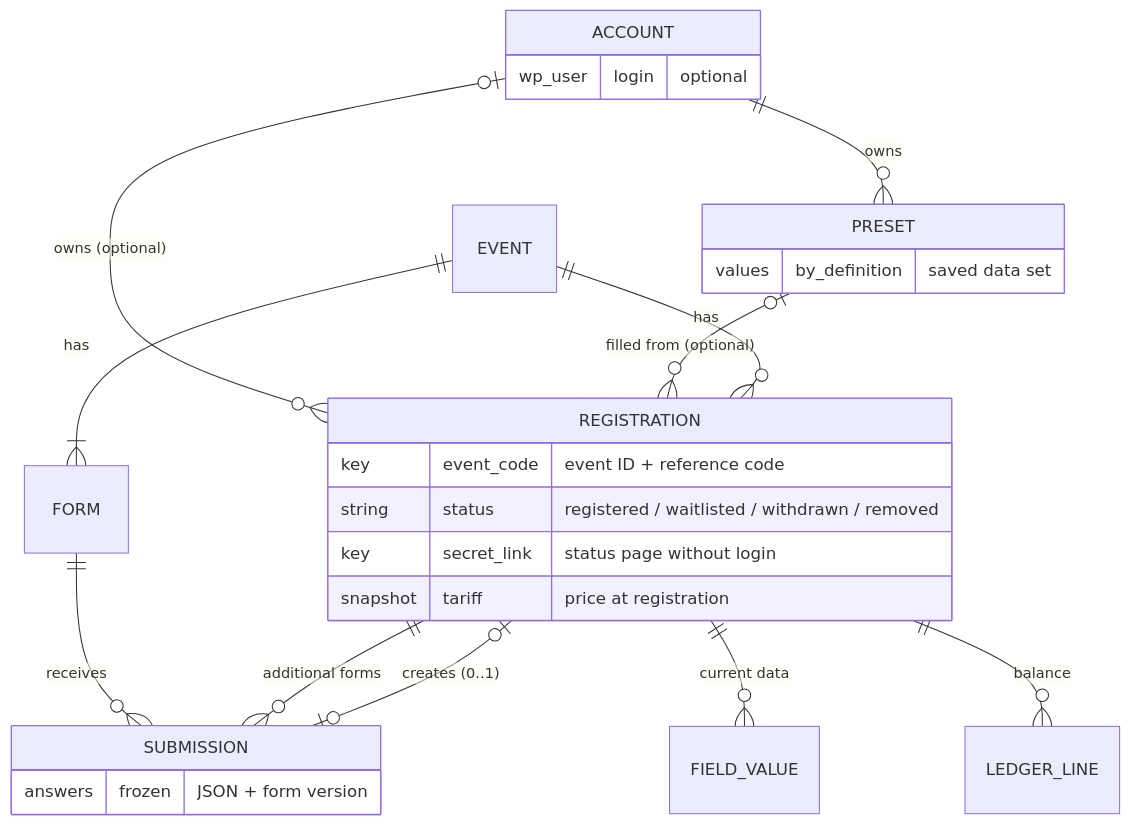
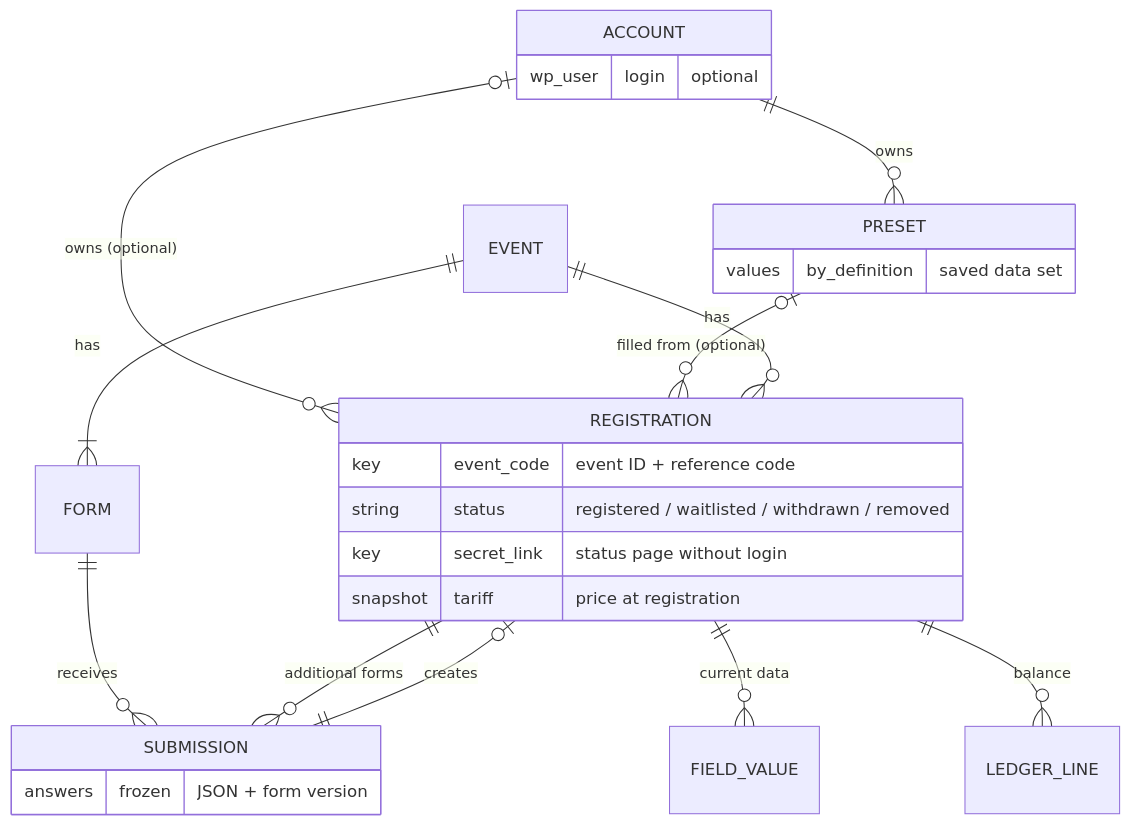
Before and after one commit to reformatus/kalaka: the fourth of 7 diagrams in docs/architecture.md, drawn with Mermaid. The commit also changed other lines of this file and 3 other files, not shown here.

````diff
--- a/docs/architecture.md
+++ b/docs/architecture.md
@@ -240,28 +255,28 @@
 ```mermaid
 erDiagram
   ACCOUNT ||--o{ PRESET : "owns"
   ACCOUNT |o--o{ REGISTRATION : "owns (optional)"
   PRESET |o--o{ REGISTRATION : "filled from (optional)"
   EVENT ||--|{ FORM : "has"
   FORM ||--o{ SUBMISSION : "receives"
-  SUBMISSION |o--o| REGISTRATION : "creates (0..1)"
+  SUBMISSION ||--o| REGISTRATION : "creates"
   REGISTRATION ||--o{ SUBMISSION : "additional forms"
   EVENT ||--o{ REGISTRATION : "has"
   REGISTRATION ||--o{ FIELD_VALUE : "current data"
   REGISTRATION ||--o{ LEDGER_LINE : "balance"
   ACCOUNT {
     wp_user login "optional"
   }
   PRESET {
     values by_definition "saved data set"
   }
   SUBMISSION {
     answers frozen "JSON + form version"
   }
   REGISTRATION {
     key event_code "event ID + reference code"
     string status "registered / waitlisted / withdrawn / removed"
     key secret_link "status page without login"
     snapshot tariff "price at registration"
   }
 ```
````
